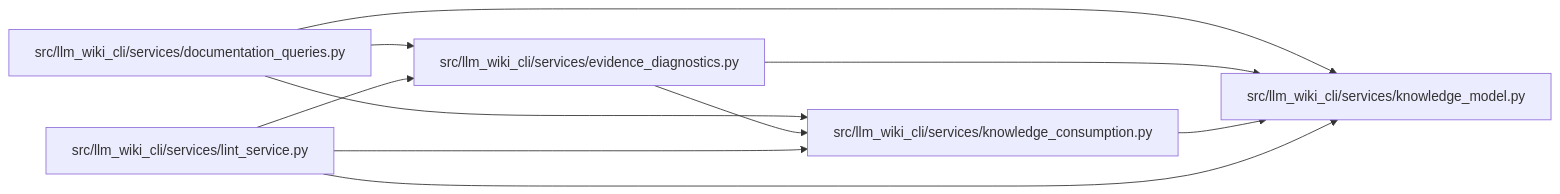
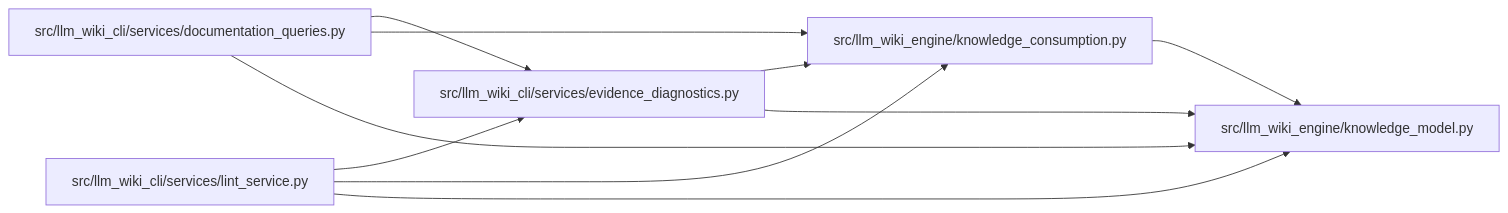
One commit to Denissvgn/python-wiki-llm changed the diagram in docs/llm_wiki/modules/evidence_diagnostics.md. Above: the diagram before and after it, drawn with Mermaid. The commit also changed other lines of this file and 1058 other files, not shown here.

First line of the commit message:
docs: refresh the wiki for the knowledge store move

````diff
--- a/docs/llm_wiki/modules/evidence_diagnostics.md
+++ b/docs/llm_wiki/modules/evidence_diagnostics.md
@@ -50,22 +50,22 @@
 ```mermaid
 flowchart LR
     n0["src/llm_wiki_cli/services/documentation_queries.py"]
     n1["src/llm_wiki_cli/services/evidence_diagnostics.py"]
-    n2["src/llm_wiki_cli/services/knowledge_consumption.py"]
-    n3["src/llm_wiki_cli/services/knowledge_model.py"]
-    n4["src/llm_wiki_cli/services/lint_service.py"]
+    n2["src/llm_wiki_cli/services/lint_service.py"]
+    n3["src/llm_wiki_engine/knowledge_consumption.py"]
+    n4["src/llm_wiki_engine/knowledge_model.py"]
     n0 --> n1
-    n0 --> n2
     n0 --> n3
-    n1 --> n2
+    n0 --> n4
     n1 --> n3
+    n1 --> n4
+    n2 --> n1
     n2 --> n3
-    n4 --> n1
-    n4 --> n2
-    n4 --> n3
+    n2 --> n4
+    n3 --> n4
     click n0 "../modules/documentation_queries.md"
     click n1 "../modules/evidence_diagnostics.md"
-    click n2 "../modules/knowledge_consumption.md"
-    click n3 "../modules/knowledge_model.md"
-    click n4 "../modules/lint_service.md"
+    click n2 "../modules/lint_service.md"
+    click n3 "../modules/knowledge_consumption.md"
+    click n4 "../modules/knowledge_model.md"
 ```
````
